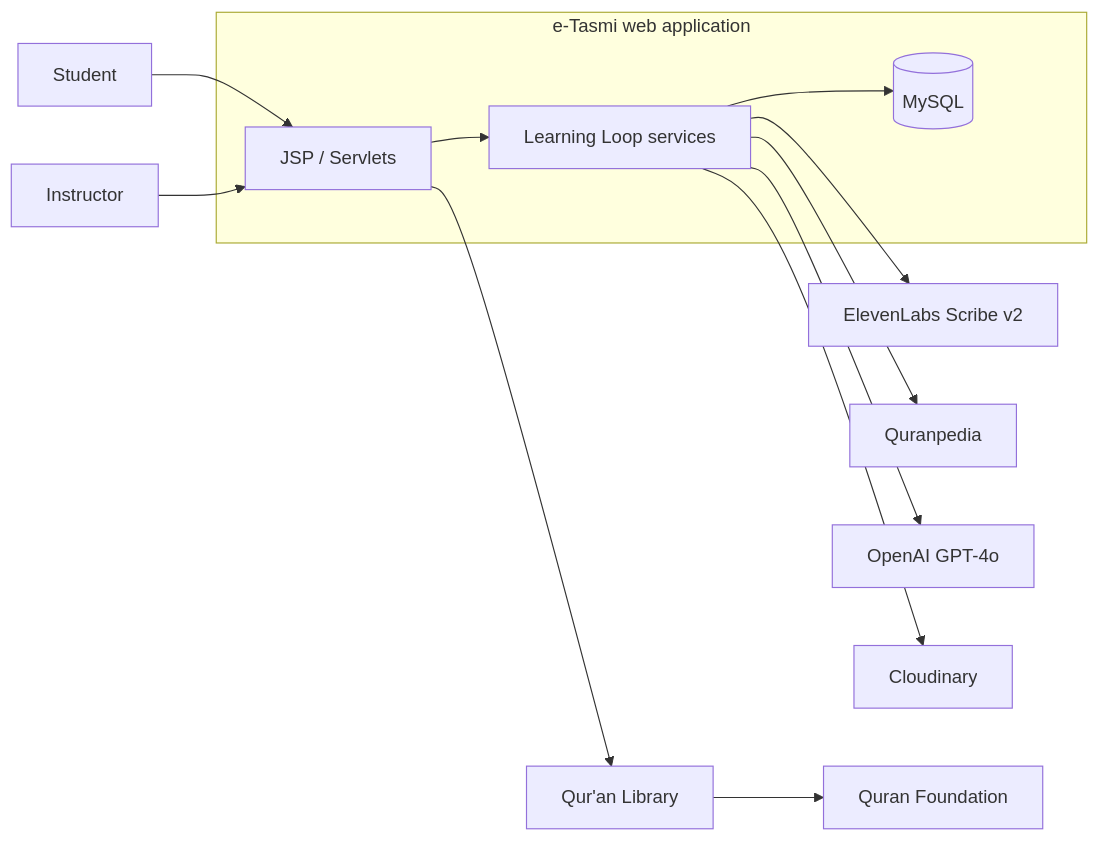
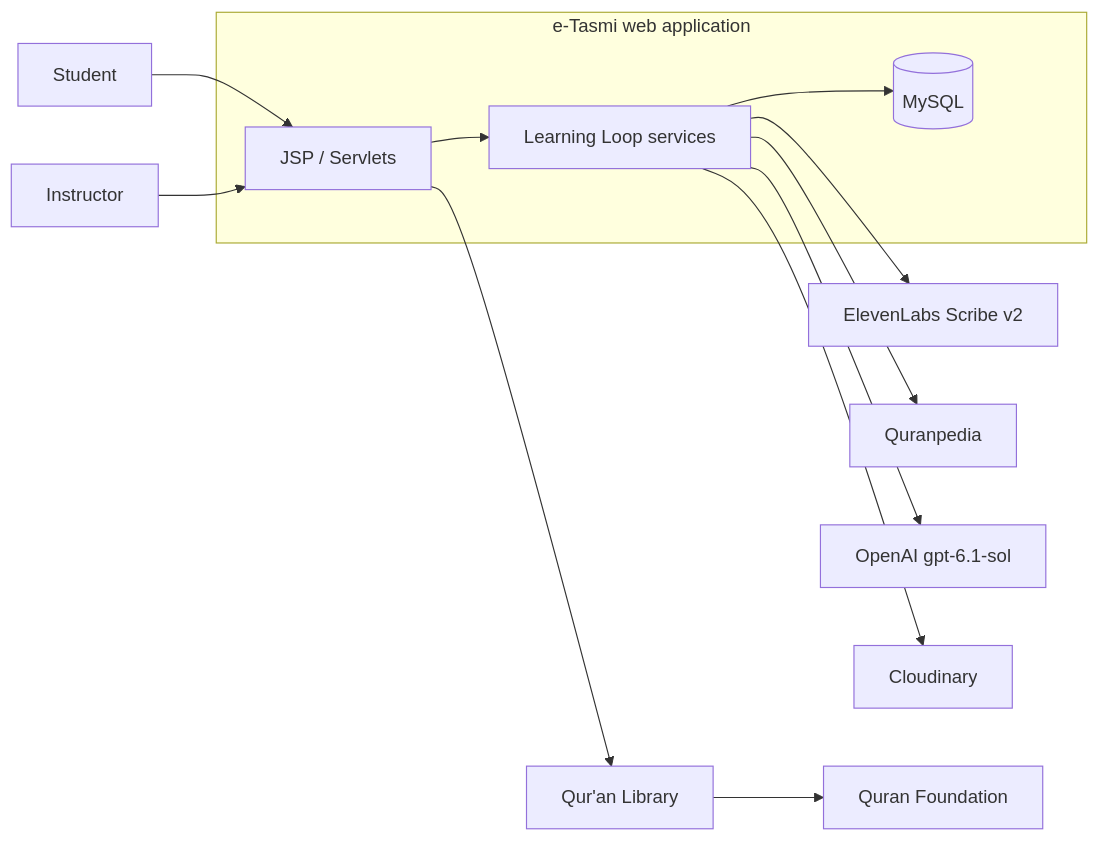
The second of 2 diagrams in README.md (Elhessan2000/e-tasmi-ai-learning-loop), drawn with Mermaid before and after one commit. The commit also changed other lines of this file and 7 other files, not shown here.

Commit message:
feat: upgrade challenge AI analysis to GPT-6.1 Sol

````diff
--- a/README.md
+++ b/README.md
@@ -126,18 +126,18 @@
 ```mermaid
 flowchart LR
     subgraph app [e-Tasmi web application]
       JSP[JSP / Servlets]
       SVC[Learning Loop services]
       DB[(MySQL)]
       JSP --> SVC --> DB
     end
 
     Student --> JSP
     Instructor --> JSP
     SVC --> EL[ElevenLabs Scribe v2]
     SVC --> QP[Quranpedia]
-    SVC --> OA[OpenAI GPT-4o]
+    SVC --> OA[OpenAI gpt-6.1-sol]
     SVC --> CD[Cloudinary]
     LIB[Qur'an Library] --> QF[Quran Foundation]
     JSP --> LIB
 ```
````
